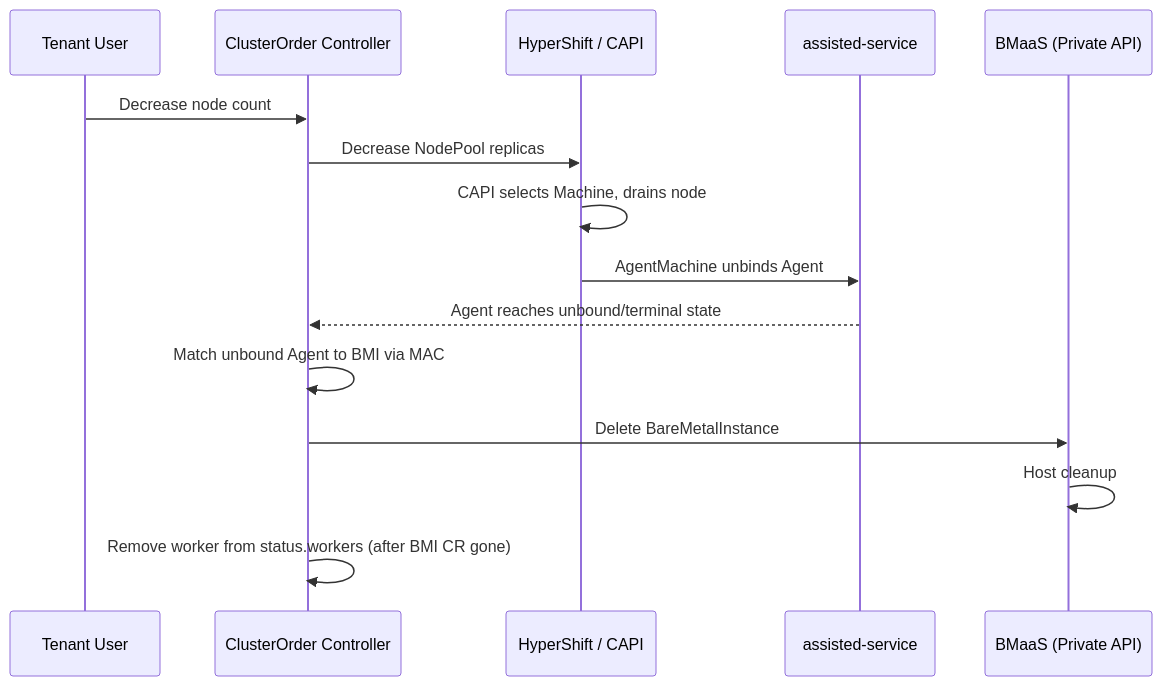
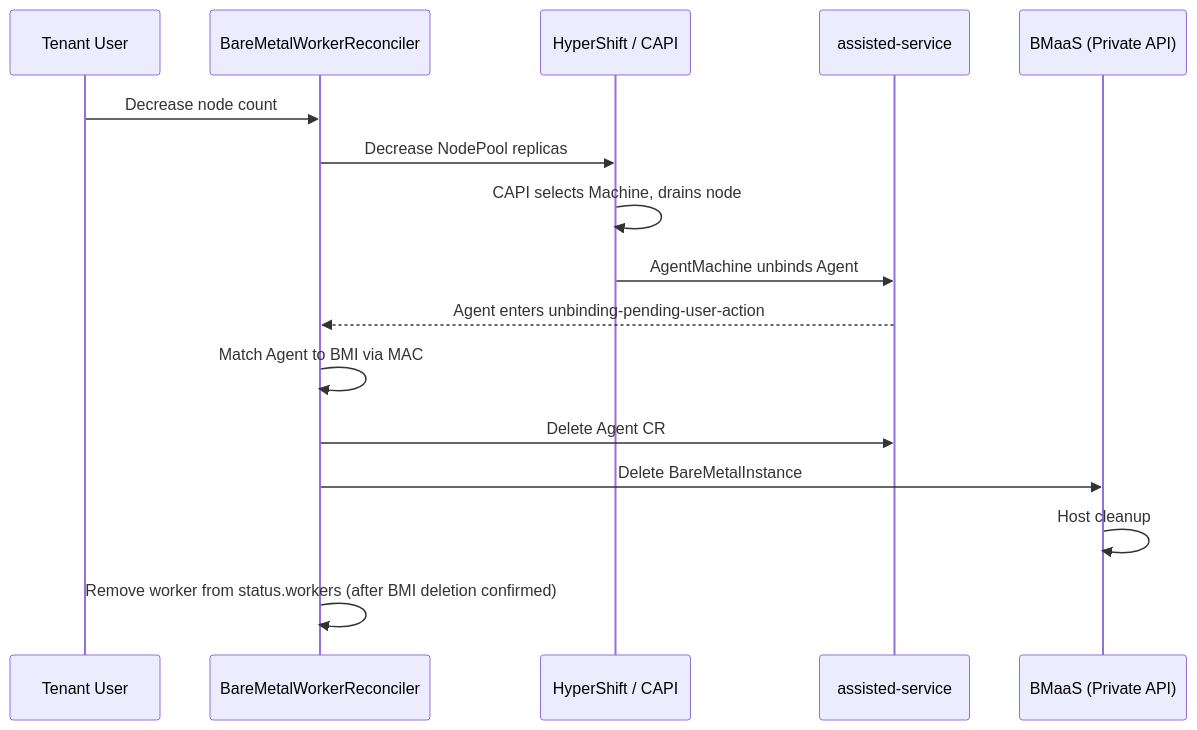
One commit to osac-project/enhancement-proposals changed the second of 2 diagrams in enhancements/OSAC-2135-caas-bare-metal-worker-provisioning/design.md. Above: the diagram before and after it, drawn with Mermaid. The commit also changed other lines of this file, not shown here.

First line of the commit message:
OSAC-2135: redesign ClusterNodeSet, add user flow, networking and consistency fixes

````diff
--- a/enhancements/OSAC-2135-caas-bare-metal-worker-provisioning/design.md
+++ b/enhancements/OSAC-2135-caas-bare-metal-worker-provisioning/design.md
@@ -140,20 +251,21 @@
 ```mermaid
 sequenceDiagram
     participant T as Tenant User
-    participant CO as ClusterOrder Controller
+    participant BMW as BareMetalWorkerReconciler
     participant HCP as HyperShift / CAPI
     participant AS as assisted-service
     participant BMaaS as BMaaS (Private API)
 
-    T->>CO: Decrease node count
-    CO->>HCP: Decrease NodePool replicas
+    T->>BMW: Decrease node count
+    BMW->>HCP: Decrease NodePool replicas
 
     HCP->>HCP: CAPI selects Machine, drains node
     HCP->>AS: AgentMachine unbinds Agent
-    AS-->>CO: Agent reaches unbound/terminal state
+    AS-->>BMW: Agent enters unbinding-pending-user-action
 
-    CO->>CO: Match unbound Agent to BMI via MAC
-    CO->>BMaaS: Delete BareMetalInstance
+    BMW->>BMW: Match Agent to BMI via MAC
+    BMW->>AS: Delete Agent CR
+    BMW->>BMaaS: Delete BareMetalInstance
     BMaaS->>BMaaS: Host cleanup
-    CO->>CO: Remove worker from status.workers (after BMI CR gone)
+    BMW->>BMW: Remove worker from status.workers (after BMI deletion confirmed)
 ```
````
